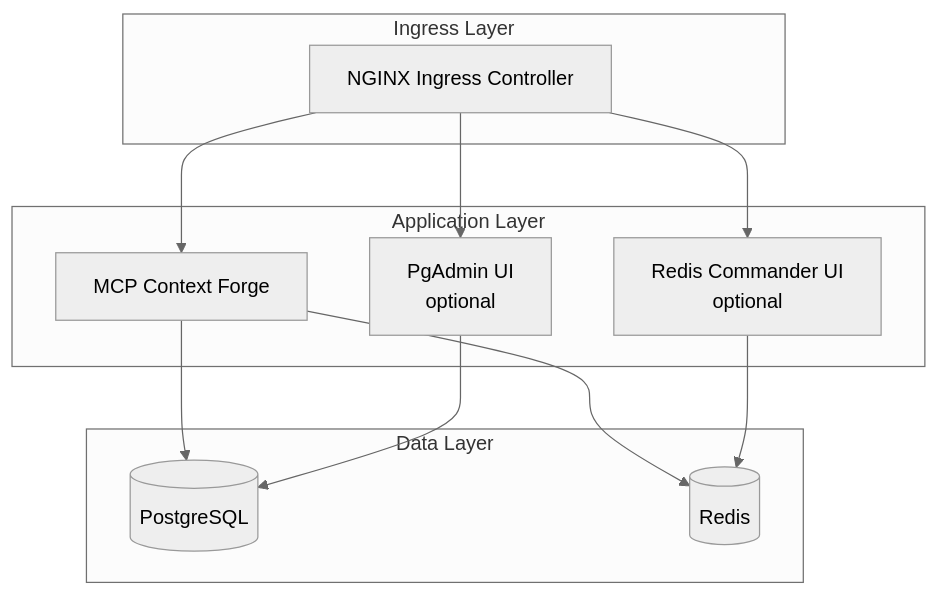
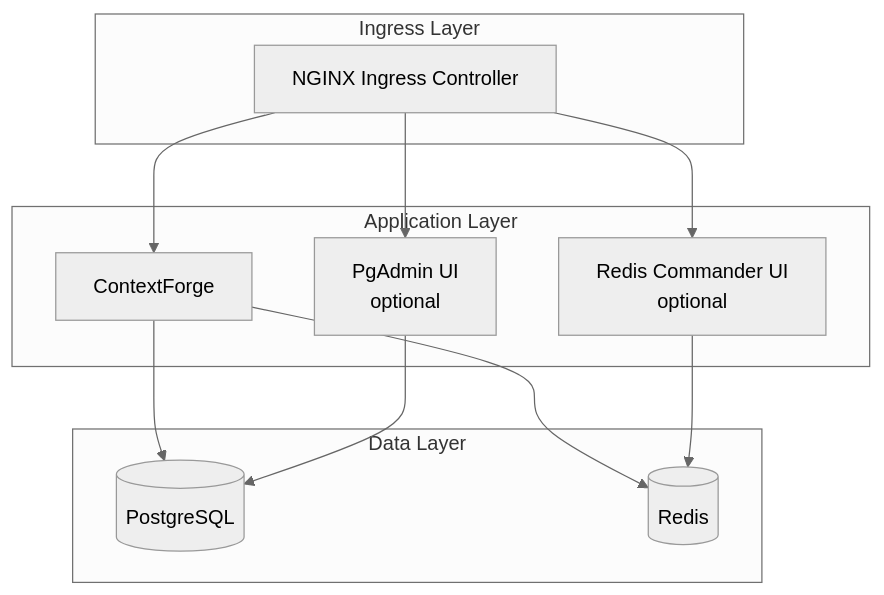
Before and after one commit to tedhabeck/mcp-context-forge: the diagram in docs/docs/deployment/helm.md, drawn with Mermaid (neutral theme). The commit also changed other lines of this file and 583 other files, not shown here.

First line of the commit message:
docs: rebrand to ContextForge AI Gateway (#3091)

````diff
--- a/docs/docs/deployment/helm.md
+++ b/docs/docs/deployment/helm.md
@@ -20,27 +20,27 @@
 ```mermaid
 flowchart TD
     subgraph Ingress Layer
         ingress[NGINX Ingress Controller]
     end
 
     subgraph Application Layer
-        mcp[MCP Context Forge]
+        mcp[ContextForge]
         pgadmin[PgAdmin UI<br/>optional]
         rediscommander[Redis Commander UI<br/>optional]
     end
 
     subgraph Data Layer
         postgres[(PostgreSQL)]
         redis[(Redis)]
     end
 
     ingress --> mcp
     ingress --> pgadmin
     ingress --> rediscommander
 
     mcp --> postgres
     mcp --> redis
 
     pgadmin --> postgres
     rediscommander --> redis
 ```
````
